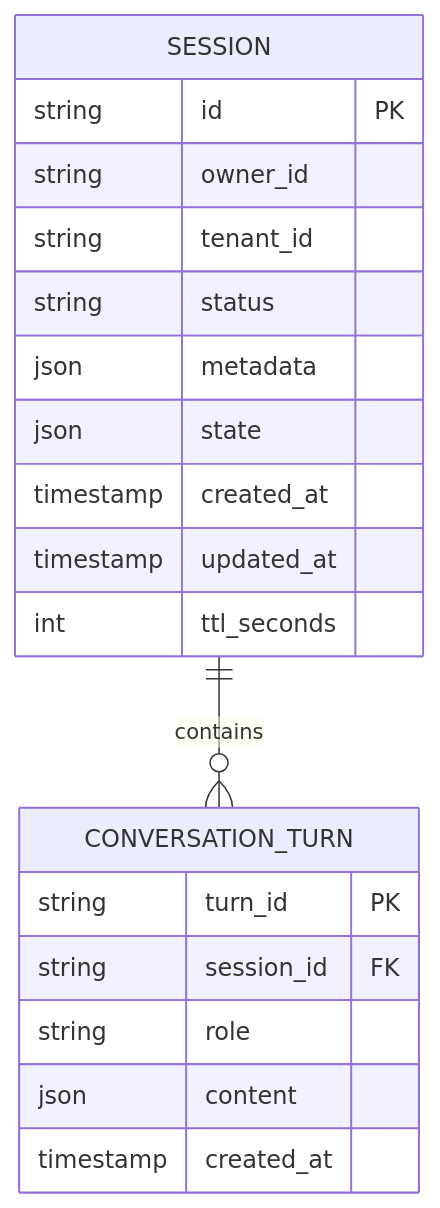
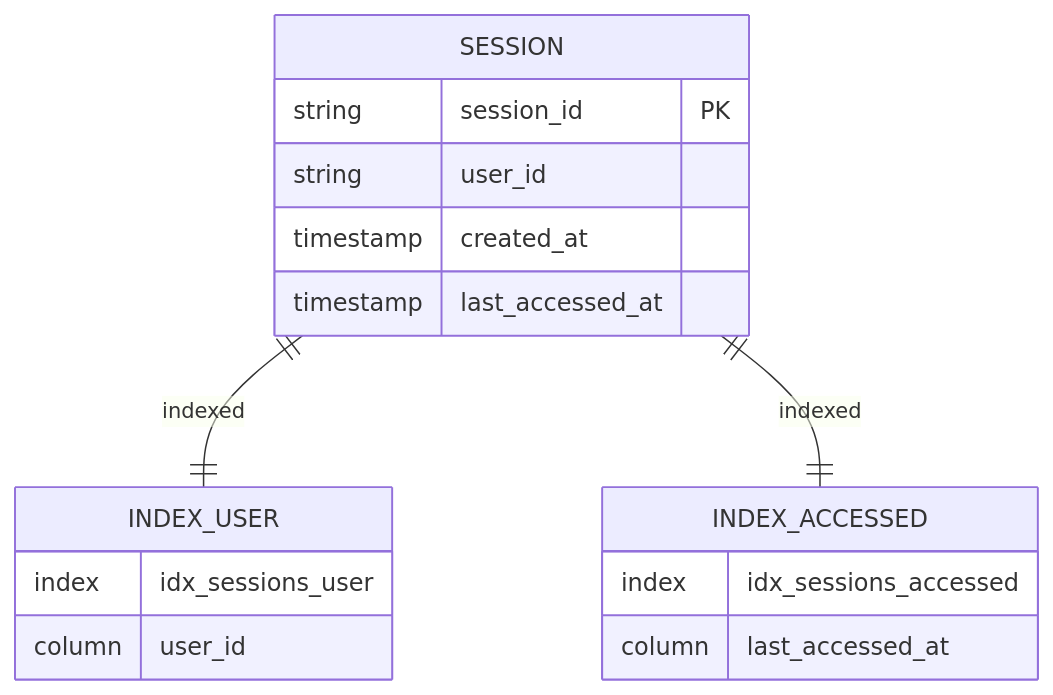
One commit to metasync/luban-aiops changed the fourth of 5 diagrams in .qoder/repowiki/en/content/Agent Platform Service/Session Management and State Persistence.md. Above: the diagram before and after it, drawn with Mermaid. The commit also changed other lines of this file and 6 other files, not shown here.

````diff
--- a/.qoder/repowiki/en/content/Agent Platform Service/Session Management and State Persistence.md
+++ b/.qoder/repowiki/en/content/Agent Platform Service/Session Management and State Persistence.md
@@ -236,22 +244,19 @@
 ```mermaid
 erDiagram
 SESSION {
-string id PK
-string owner_id
-string tenant_id
-string status
-json metadata
-json state
+string session_id PK
+string user_id
 timestamp created_at
-timestamp updated_at
-int ttl_seconds
+timestamp last_accessed_at
 }
-CONVERSATION_TURN {
-string turn_id PK
-string session_id FK
-string role
-json content
-timestamp created_at
+INDEX_USER {
+index idx_sessions_user
+column user_id
 }
-SESSION ||--o{ CONVERSATION_TURN : "contains"
+INDEX_ACCESSED {
+index idx_sessions_accessed
+column last_accessed_at
+}
+SESSION ||--|| INDEX_USER : "indexed"
+SESSION ||--|| INDEX_ACCESSED : "indexed"
 ```
````
